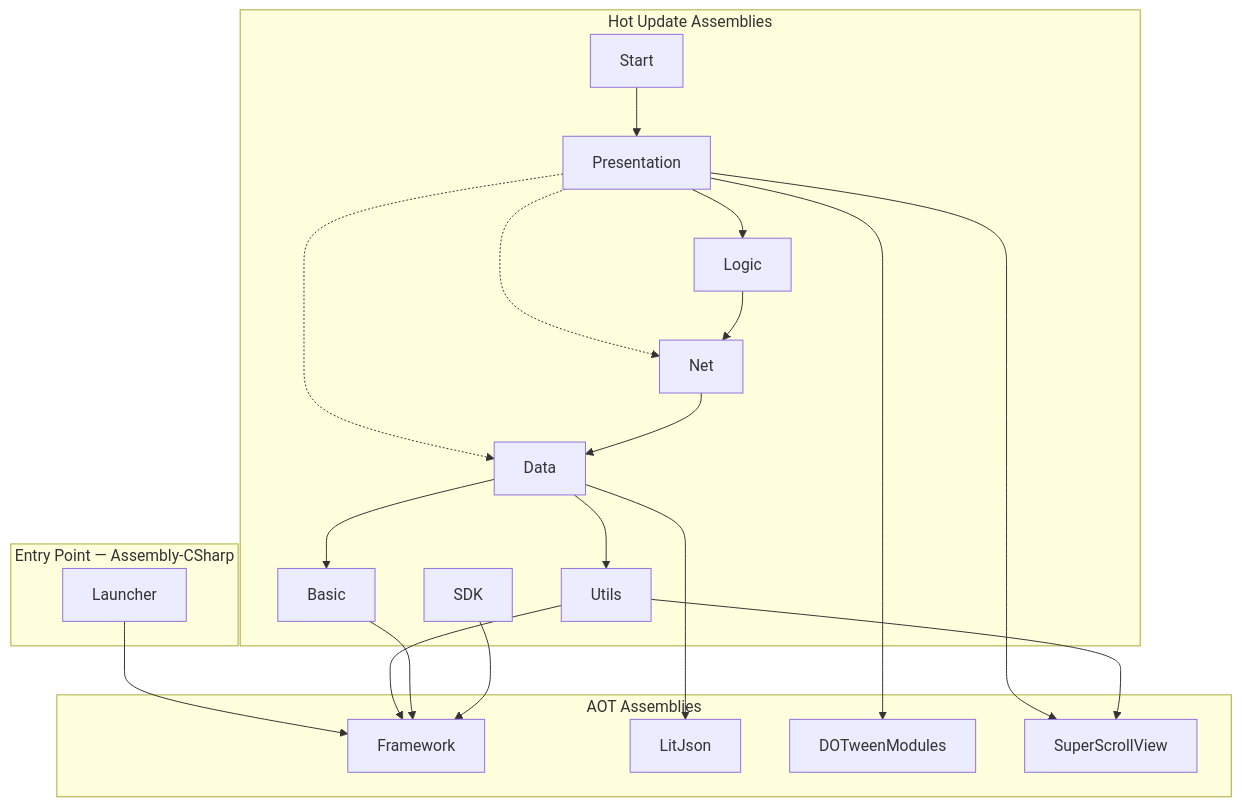
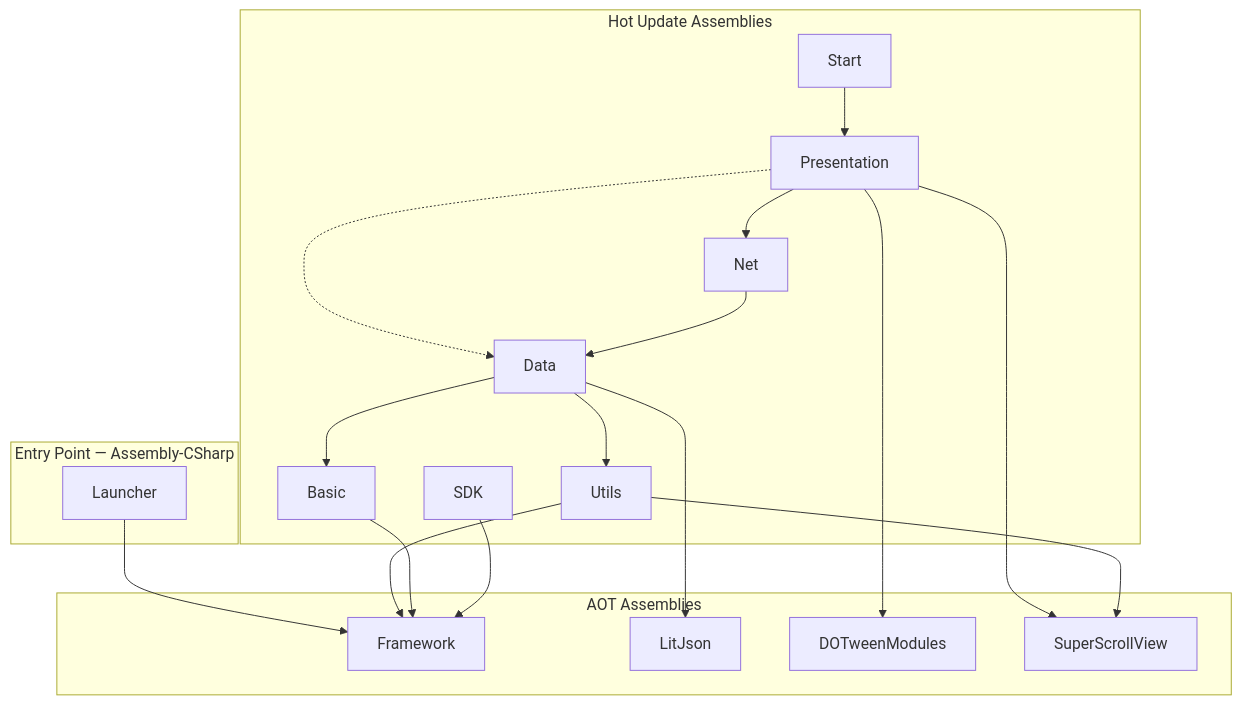
Before and after one commit to zlex001/LOA-Client: the second of 6 diagrams in Documents/Architecture/客户端分层架构.md, drawn with Mermaid. The commit also changed other lines of this file and 8 other files, not shown here.

````diff
--- a/Documents/Architecture/客户端分层架构.md
+++ b/Documents/Architecture/客户端分层架构.md
@@ -557,42 +528,39 @@
 ```mermaid
 graph TB
     subgraph entry ["Entry Point — Assembly-CSharp"]
         Launcher[Launcher]
     end
 
     subgraph hotUpdate ["Hot Update Assemblies"]
         Start[Start]
         Presentation[Presentation]
-        Logic[Logic]
         Net[Net]
         Data[Data]
         Utils[Utils]
         Basic[Basic]
         SDK[SDK]
     end
 
     subgraph aot ["AOT Assemblies"]
         Framework[Framework]
         LitJson[LitJson]
         DOTweenModules[DOTweenModules]
         SuperScrollView[SuperScrollView]
     end
 
     Launcher --> Framework
 
     Start --> Presentation
-    Presentation --> Logic
+    Presentation --> Net
     Presentation -.-> Data
-    Presentation -.-> Net
     Presentation --> DOTweenModules
     Presentation --> SuperScrollView
-    Logic --> Net
     Net --> Data
     Data --> Utils
     Data --> Basic
     Data --> LitJson
     Utils --> Framework
     Utils --> SuperScrollView
     Basic --> Framework
     SDK --> Framework
 ```
````
